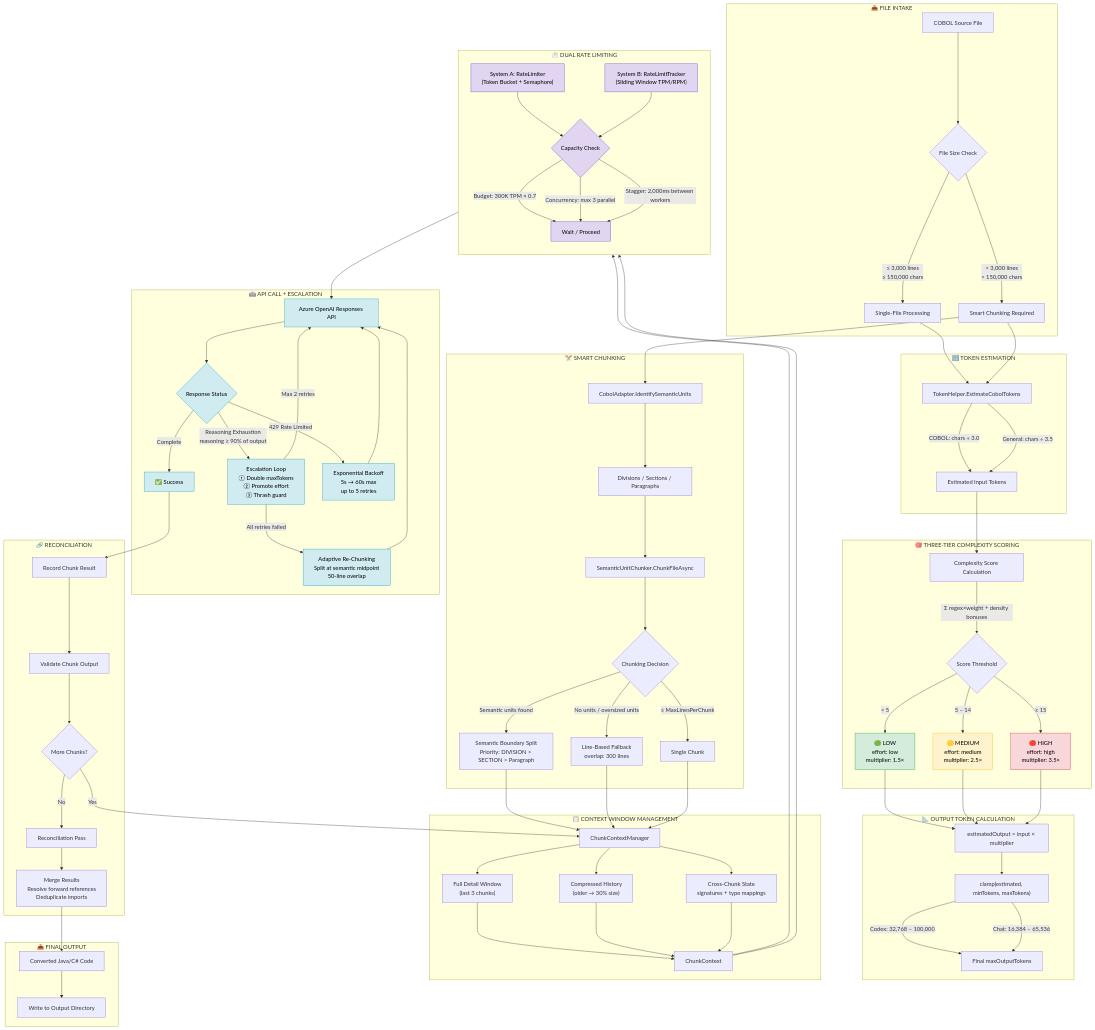
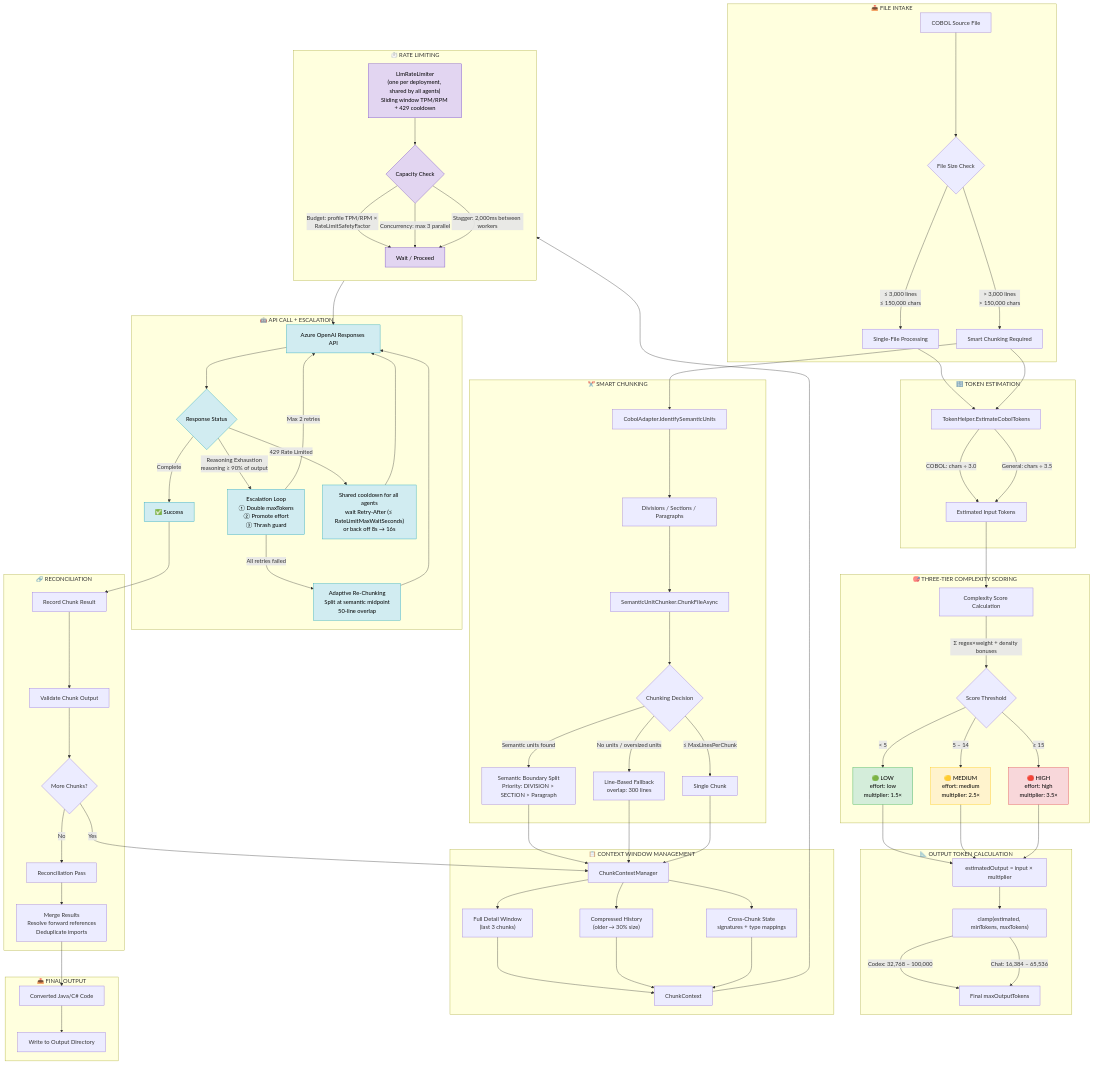
One commit to Azure-Samples/Legacy-Modernization-Agents changed the diagram in docs/smart-chunking-architecture.md. Above: the diagram before and after it, drawn with Mermaid. The commit also changed other lines of this file and 26 other files, not shown here.

First line of the commit message:
Consolidate LLM rate limiting into one limiter and one retry policy (#179)

```diff
--- a/docs/smart-chunking-architecture.md
+++ b/docs/smart-chunking-architecture.md
@@ -61,14 +61,12 @@
         Y --> Z
     end
 
-    subgraph RATE_LIMIT["⏱️ DUAL RATE LIMITING"]
+    subgraph RATE_LIMIT["⏱️ RATE LIMITING"]
         direction TB
-        Z --> AA["System A: RateLimiter<br>(Token Bucket + Semaphore)"]
-        Z --> AB["System B: RateLimitTracker<br>(Sliding Window TPM/RPM)"]
+        Z --> AA["LlmRateLimiter<br>(one per deployment, shared by all agents)<br>Sliding window TPM/RPM + 429 cooldown"]
         
         AA --> AC{Capacity Check}
-        AB --> AC
-        AC -->|"Budget: 300K TPM × 0.7"| AD[Wait / Proceed]
+        AC -->|"Budget: profile TPM/RPM × RateLimitSafetyFactor"| AD[Wait / Proceed]
         AC -->|"Concurrency: max 3 parallel"| AD
         AC -->|"Stagger: 2,000ms between workers"| AD
     end
@@ -81,7 +79,7 @@
         AH -->|"Max 2 retries"| AE
         AH -->|"All retries failed"| AI["Adaptive Re-Chunking<br>Split at semantic midpoint<br>50-line overlap"]
         AI --> AE
-        AF -->|"429 Rate Limited"| AJ["Exponential Backoff<br>5s → 60s max<br>up to 5 retries"]
+        AF -->|"429 Rate Limited"| AJ["Shared cooldown for all agents<br>wait Retry-After (≤ RateLimitMaxWaitSeconds)<br>or back off 8s → 16s"]
         AJ --> AE
     end
 
```
